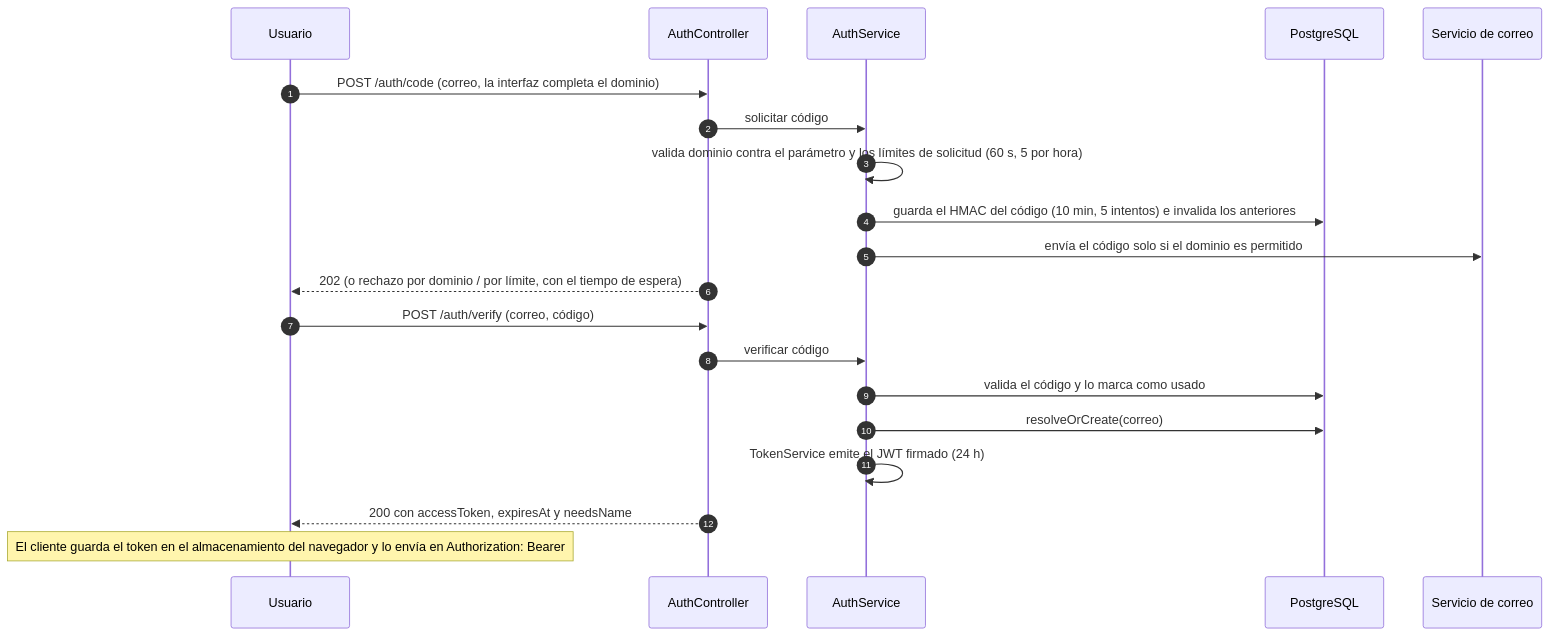
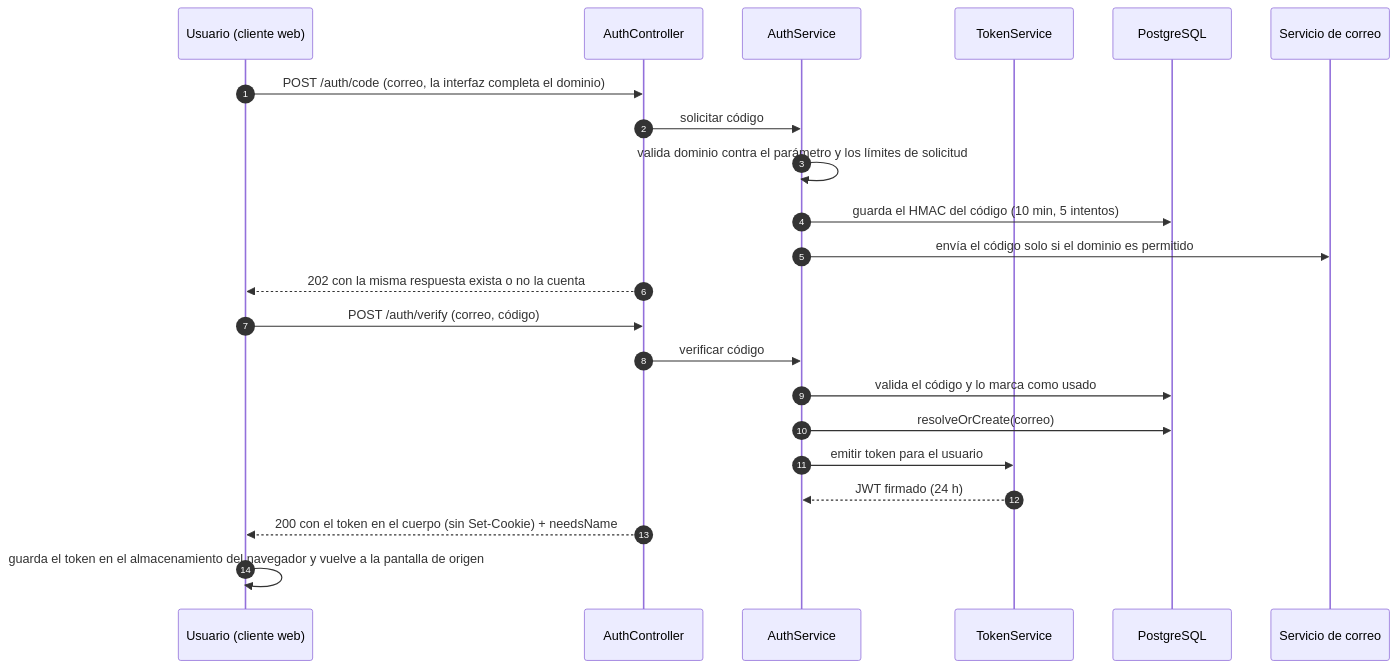
Before and after one commit to SebasTK2008/Unimag-Deportes: the fourth of 5 diagrams in docs/techincal-plan/plan-general.md, drawn with Mermaid. The commit also changed other lines of this file and 2 other files, not shown here.

````diff
--- a/docs/techincal-plan/plan-general.md
+++ b/docs/techincal-plan/plan-general.md
@@ -335,23 +335,25 @@
 ```mermaid
 sequenceDiagram
   autonumber
-  participant U as Usuario
+  participant U as Usuario (cliente web)
   participant C as AuthController
   participant A as AuthService
+  participant T as TokenService
   participant DB as PostgreSQL
   participant M as Servicio de correo
 
   U->>C: POST /auth/code (correo, la interfaz completa el dominio)
   C->>A: solicitar código
-  A->>A: valida dominio contra el parámetro y los límites de solicitud (60 s, 5 por hora)
-  A->>DB: guarda el HMAC del código (10 min, 5 intentos) e invalida los anteriores
+  A->>A: valida dominio contra el parámetro y los límites de solicitud
+  A->>DB: guarda el HMAC del código (10 min, 5 intentos)
   A->>M: envía el código solo si el dominio es permitido
-  C-->>U: 202 (o rechazo por dominio / por límite, con el tiempo de espera)
+  C-->>U: 202 con la misma respuesta exista o no la cuenta
   U->>C: POST /auth/verify (correo, código)
   C->>A: verificar código
   A->>DB: valida el código y lo marca como usado
   A->>DB: resolveOrCreate(correo)
-  A->>A: TokenService emite el JWT firmado (24 h)
-  C-->>U: 200 con accessToken, expiresAt y needsName
-  Note over U: El cliente guarda el token en el almacenamiento del navegador y lo envía en Authorization: Bearer
+  A->>T: emitir token para el usuario
+  T-->>A: JWT firmado (24 h)
+  C-->>U: 200 con el token en el cuerpo (sin Set-Cookie) + needsName
+  U->>U: guarda el token en el almacenamiento del navegador y vuelve a la pantalla de origen
 ```
````
